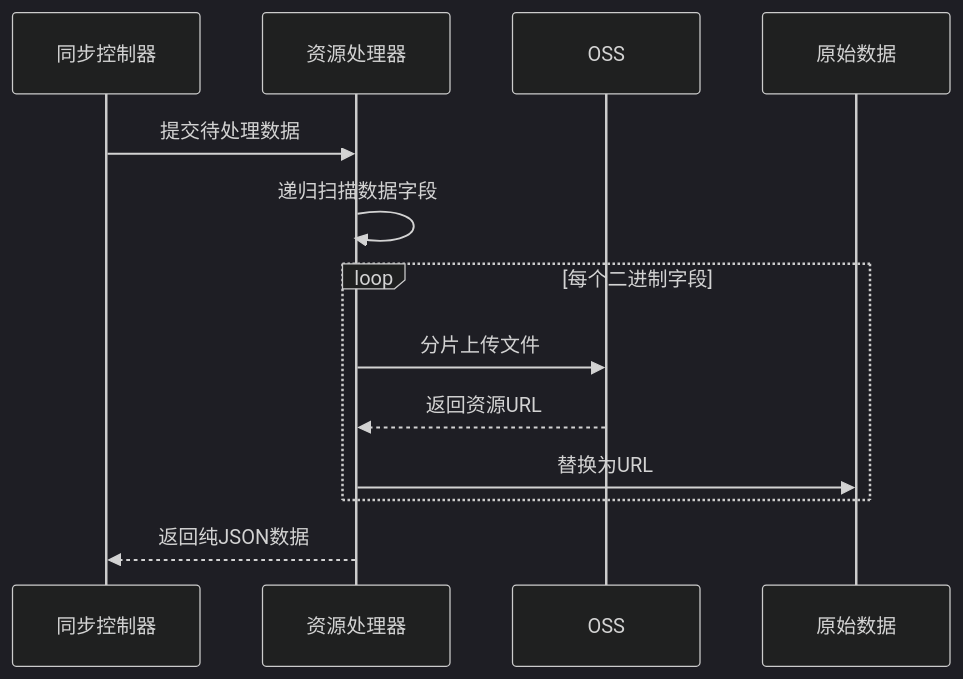
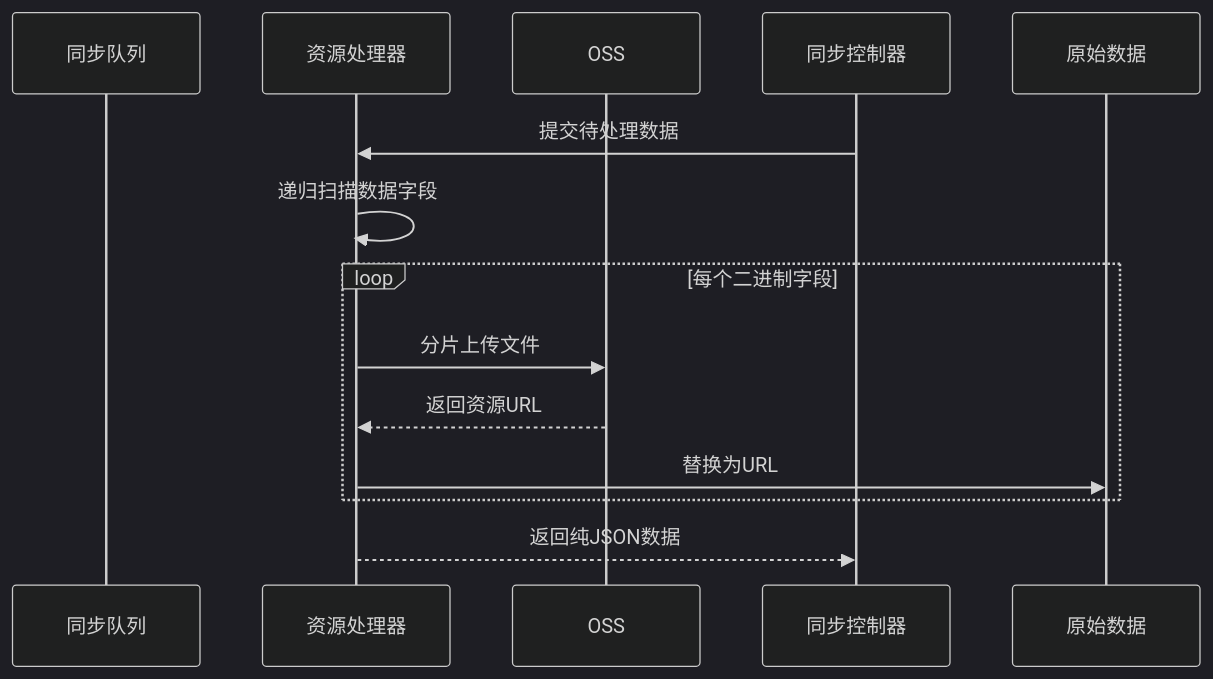
The diagram in all/未命名-24.md (yingjianzh/iodraw-files), drawn with Mermaid (dark theme) before and after one commit.

Commit message:
2025-02-24 10:10:31 update

````diff
--- a/all/未命名-24.md
+++ b/all/未命名-24.md
@@ -1,17 +1,17 @@
 ```mermaid
 
 sequenceDiagram
-    participant 同步控制器
+    participant 同步队列
     participant 资源处理器
     participant OSS
 
     同步控制器->>资源处理器: 提交待处理数据
     资源处理器->>资源处理器: 递归扫描数据字段
     loop 每个二进制字段
         资源处理器->>OSS: 分片上传文件
         OSS-->>资源处理器: 返回资源URL
         资源处理器->>原始数据: 替换为URL
     end
     资源处理器-->>同步控制器: 返回纯JSON数据
 
 ```
````
